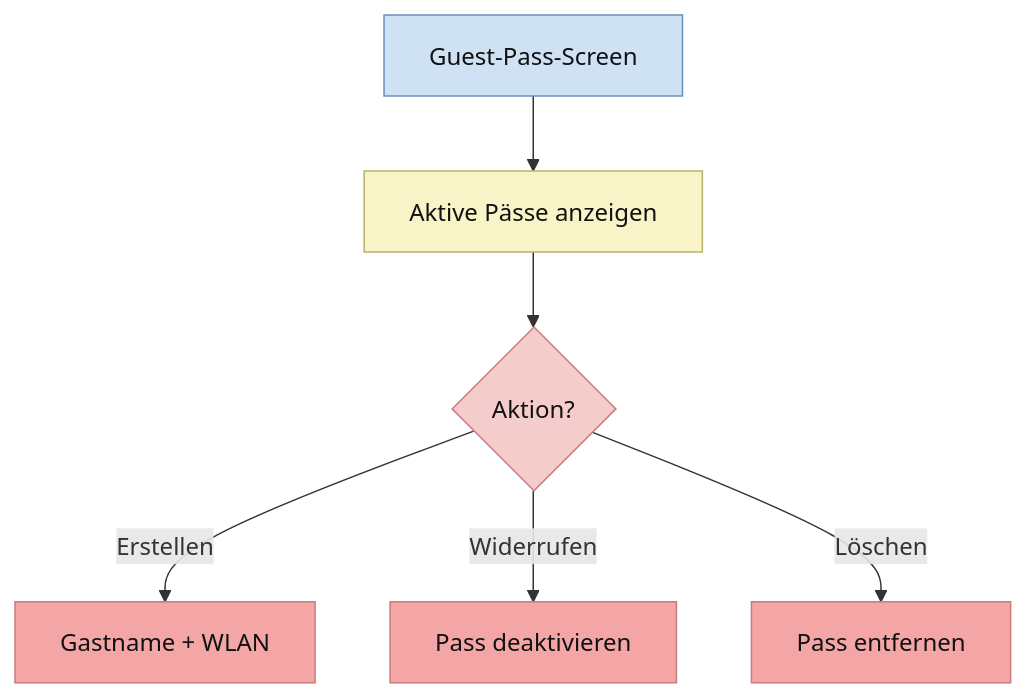
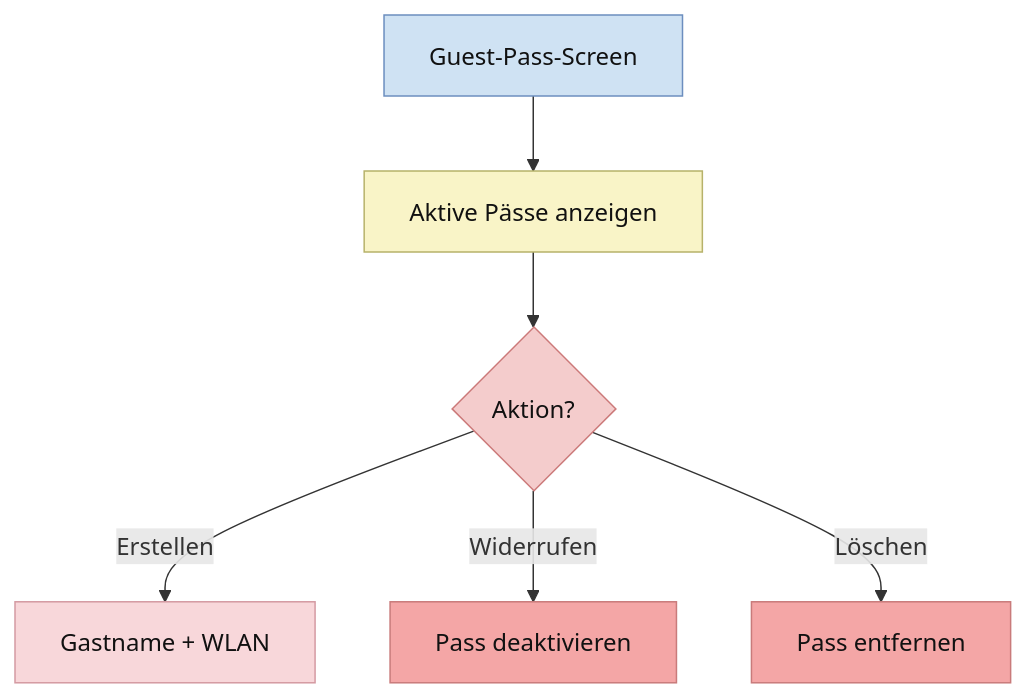
Diagram 40 of 45 in ABLAUFDIAGRAMM.md (Nejy190501/WGManager), drawn with Mermaid before and after one commit. The commit also changed other lines of this file, not shown here.

````diff
--- a/ABLAUFDIAGRAMM.md
+++ b/ABLAUFDIAGRAMM.md
@@ -804,21 +1318,22 @@
 ```mermaid
 flowchart TD
     A["Guest-Pass-Screen"] --> B["Aktive Pässe anzeigen"]
     B --> C{"Aktion?"}
     C -->|Erstellen| D["Gastname + WLAN"]
     C -->|Widerrufen| E["Pass deaktivieren"]
     C -->|Löschen| F["Pass entfernen"]
 
     classDef userAction fill:#ead1f2,stroke:#8e7cc3,color:#111;
     classDef systemAction fill:#f9f4c7,stroke:#b7b26a,color:#111;
     classDef userDecision fill:#f4cccc,stroke:#cc7a7a,color:#111;
     classDef systemDecision fill:#fff2b2,stroke:#c9b458,color:#111;
     classDef button fill:#f4a6a6,stroke:#c97b7b,color:#111;
     classDef userInput fill:#f8d7da,stroke:#d49aa2,color:#111;
     classDef screen fill:#cfe2f3,stroke:#6c8ebf,color:#111;
 
     class B systemAction;
     class C userDecision;
-    class D,E,F button;
+    class D userInput;
+    class E,F button;
     class A screen;
 ```
````
